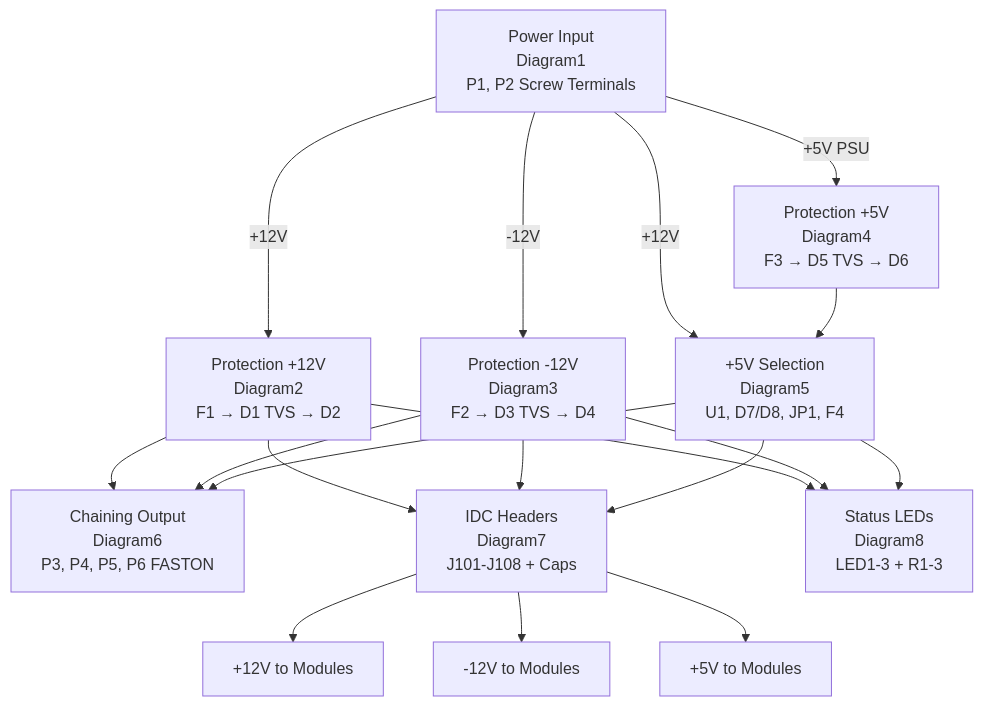
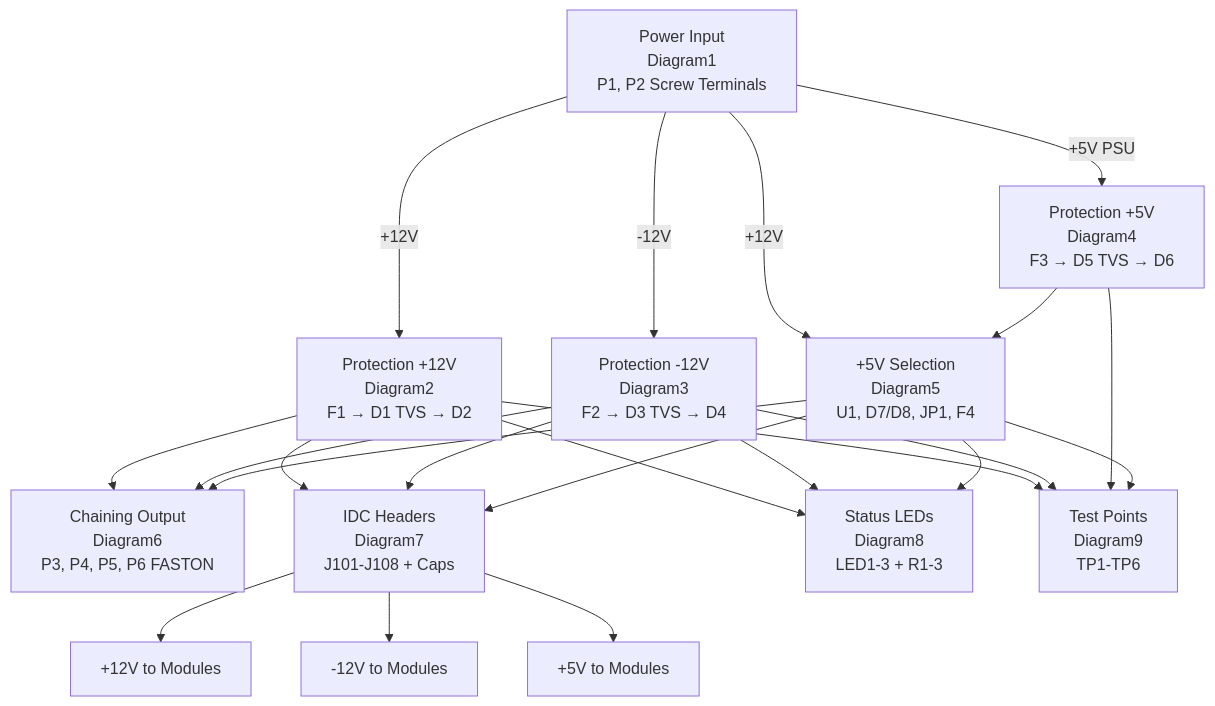
Before and after one commit to Takazudo/zudo-bus: the diagram in doc/docs/overview/circuit-diagrams.mdx, drawn with Mermaid. The commit also changed other lines of this file and 2 other files, not shown here.

First line of the commit message:
Add test points (TP1-TP6) to schematic and documentation

````diff
--- a/doc/docs/overview/circuit-diagrams.mdx
+++ b/doc/docs/overview/circuit-diagrams.mdx
@@ -13,60 +13,69 @@
 ```mermaid
 flowchart TD
     IN["Power Input
     Diagram1
     P1, P2 Screw Terminals"]
 
     PROT12["Protection +12V
     Diagram2
     F1 → D1 TVS → D2"]
 
     PROTN12["Protection -12V
     Diagram3
     F2 → D3 TVS → D4"]
 
     PROT5["Protection +5V
     Diagram4
     F3 → D5 TVS → D6"]
 
     SEL5["+5V Selection
     Diagram5
     U1, D7/D8, JP1, F4"]
 
     DIST["Chaining Output
     Diagram6
     P3, P4, P5, P6 FASTON"]
 
     IDC["IDC Headers
     Diagram7
     J101-J108 + Caps"]
 
     LED["Status LEDs
     Diagram8
     LED1-3 + R1-3"]
 
+    TP["Test Points
+    Diagram9
+    TP1-TP6"]
+
     OUT1["+12V to Modules"]
     OUT2["-12V to Modules"]
     OUT3["+5V to Modules"]
 
     IN -->|"+12V"| PROT12
     IN -->|"-12V"| PROTN12
     IN -->|"+5V PSU"| PROT5
     IN -->|"+12V"| SEL5
 
     PROT12 --> IDC
     PROTN12 --> IDC
     PROT5 --> SEL5
     SEL5 --> IDC
 
     PROT12 --> DIST
     PROTN12 --> DIST
     SEL5 --> DIST
 
     IDC --> OUT1
     IDC --> OUT2
     IDC --> OUT3
 
     PROT12 --> LED
     PROTN12 --> LED
     SEL5 --> LED
+
+    PROT12 --> TP
+    PROTN12 --> TP
+    PROT5 --> TP
+    SEL5 --> TP
 ```
````
